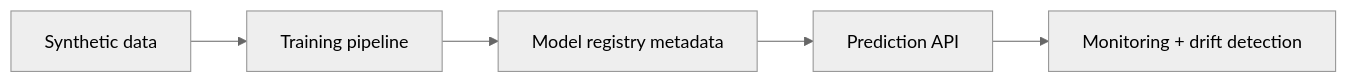
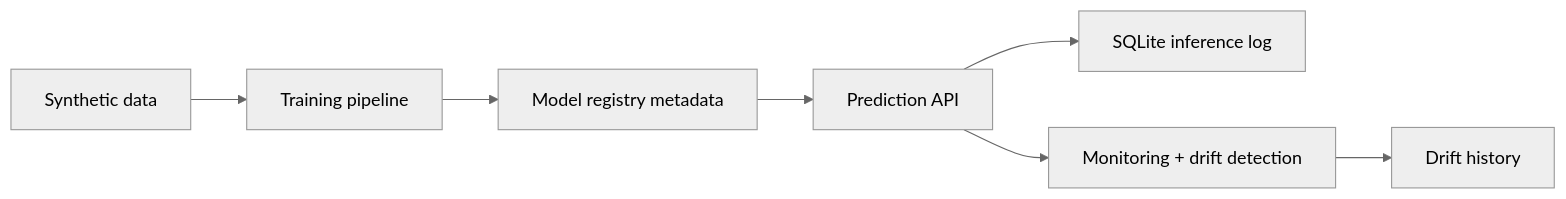
The diagram in projects/mlops-model-serving-monitoring/README.md (josiahsutd-stack/ai-portfolio), drawn with Mermaid (neutral theme) before and after one commit. The commit also changed other lines of this file and 25 other files, not shown here.

````diff
--- a/projects/mlops-model-serving-monitoring/README.md
+++ b/projects/mlops-model-serving-monitoring/README.md
@@ -30,7 +31,9 @@
 ```mermaid
 flowchart LR
   A["Synthetic data"] --> B["Training pipeline"]
   B --> C["Model registry metadata"]
   C --> D["Prediction API"]
-  D --> E["Monitoring + drift detection"]
+  D --> E["SQLite inference log"]
+  D --> F["Monitoring + drift detection"]
+  F --> G["Drift history"]
 ```
````
